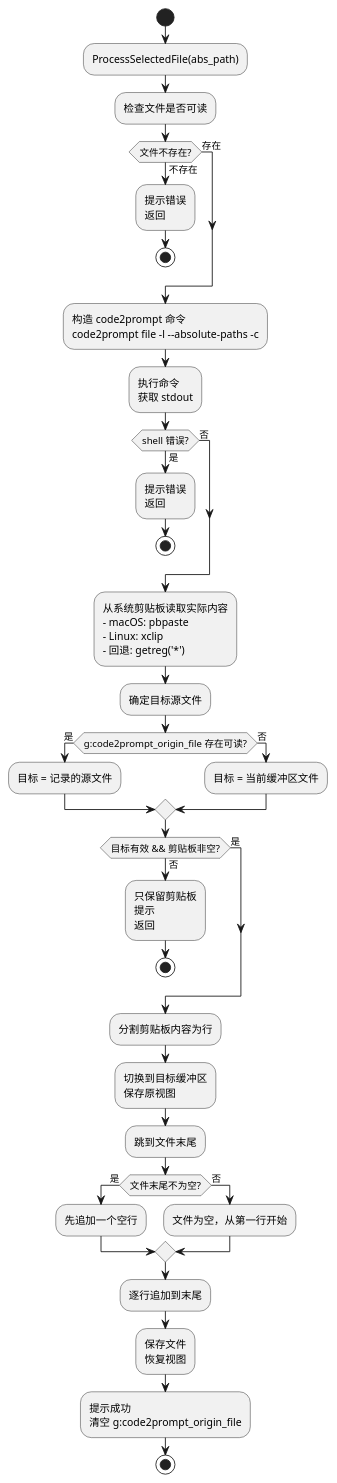
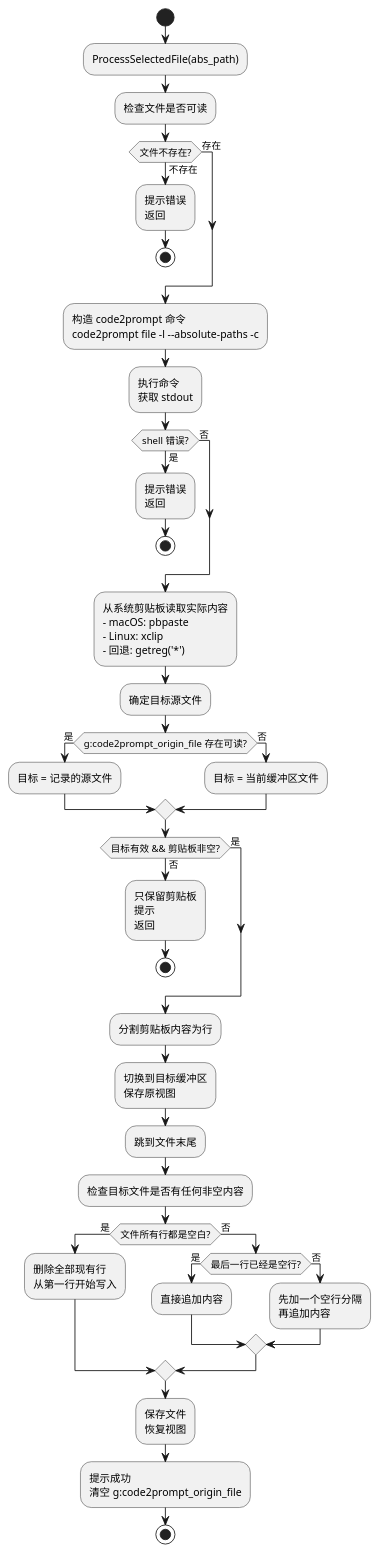
One commit to syllr/ainote changed the third of 5 diagrams in plugin/vimCode2Prompt/docs/workflow.md. Above: the diagram before and after it, drawn with PlantUML. The commit also changed 1 other file, not shown here.

Commit message:
improve: Refine AppendToFileEnd logic - smarter empty line handling and clear overwrite
- Fix loop range: use range(1, last_line + 1) to include the last line in check
- Smart empty line handling: only add separating blank line if last line is not already empty
- Better empty file handling: when all lines are blank, delete all lines and use setline for direct overwrite
- Update workflow documentation to match the improved logic

````diff
--- a/plugin/vimCode2Prompt/docs/workflow.md
+++ b/plugin/vimCode2Prompt/docs/workflow.md
@@ -121,62 +121,66 @@
 ```plantuml
 @startuml ProcessSelectedFile 详细流程
 start
 
 :ProcessSelectedFile(abs_path);
 
 :检查文件是否可读;
 
 if (文件不存在?) then (不存在)
   :提示错误\n返回;
   stop
 else (存在)
 endif
 
 :构造 code2prompt 命令\ncode2prompt file -l --absolute-paths -c;
 
 :执行命令\n获取 stdout;
 
 if (shell 错误?) then (是)
   :提示错误\n返回;
   stop
 else (否)
 endif
 
 :从系统剪贴板读取实际内容\n- macOS: pbpaste\n- Linux: xclip\n- 回退: getreg('*');
 
 :确定目标源文件;
 
 if (g:code2prompt_origin_file 存在可读?) then (是)
   :目标 = 记录的源文件;
 else (否)
   :目标 = 当前缓冲区文件;
 endif
 
 if (目标有效 && 剪贴板非空?) then (否)
   :只保留剪贴板\n提示\n返回;
   stop
 else (是)
 endif
 
 :分割剪贴板内容为行;
 
 :切换到目标缓冲区\n保存原视图;
 
 :跳到文件末尾;
 
-if (文件末尾不为空?) then (是)
-  :先追加一个空行;
+:检查目标文件是否有任何非空内容;
+
+if (文件所有行都是空白?) then (是)
+  :删除全部现有行\n从第一行开始写入;
 else (否)
-  :文件为空，从第一行开始;
+  if (最后一行已经是空行?) then (是)
+    :直接追加内容;
+  else (否)
+    :先加一个空行分隔\n再追加内容;
+  endif
 endif
-
-:逐行追加到末尾;
 
 :保存文件\n恢复视图;
 
 :提示成功\n清空 g:code2prompt_origin_file;
 
 stop
 
 @enduml
 ```
````
